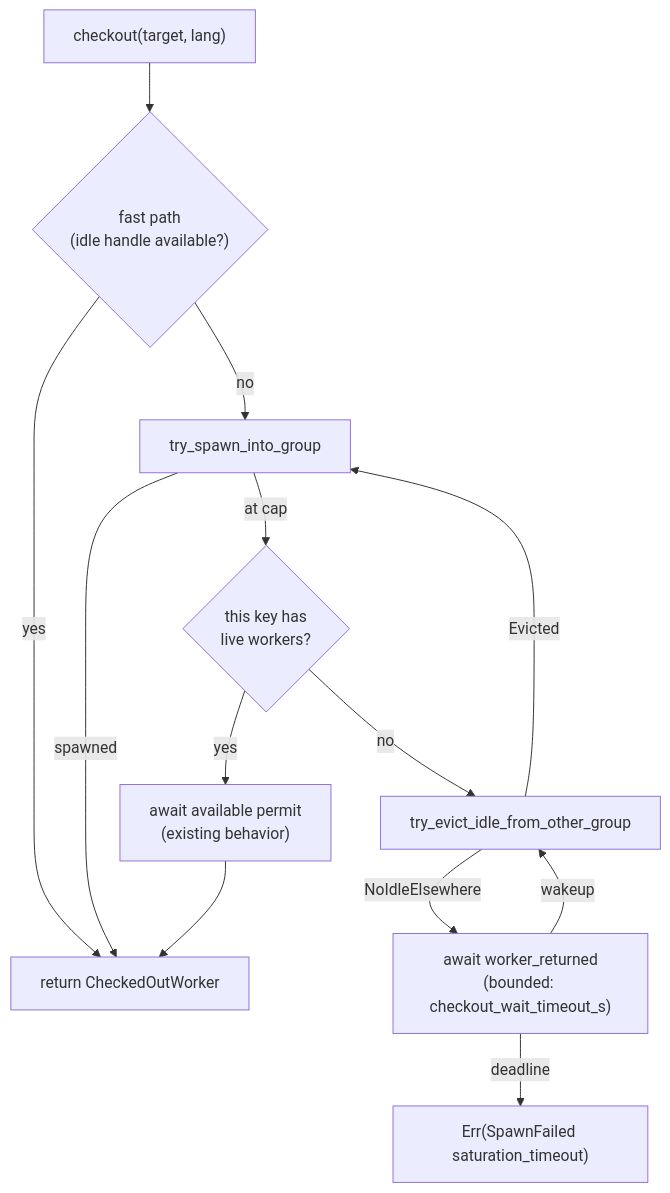
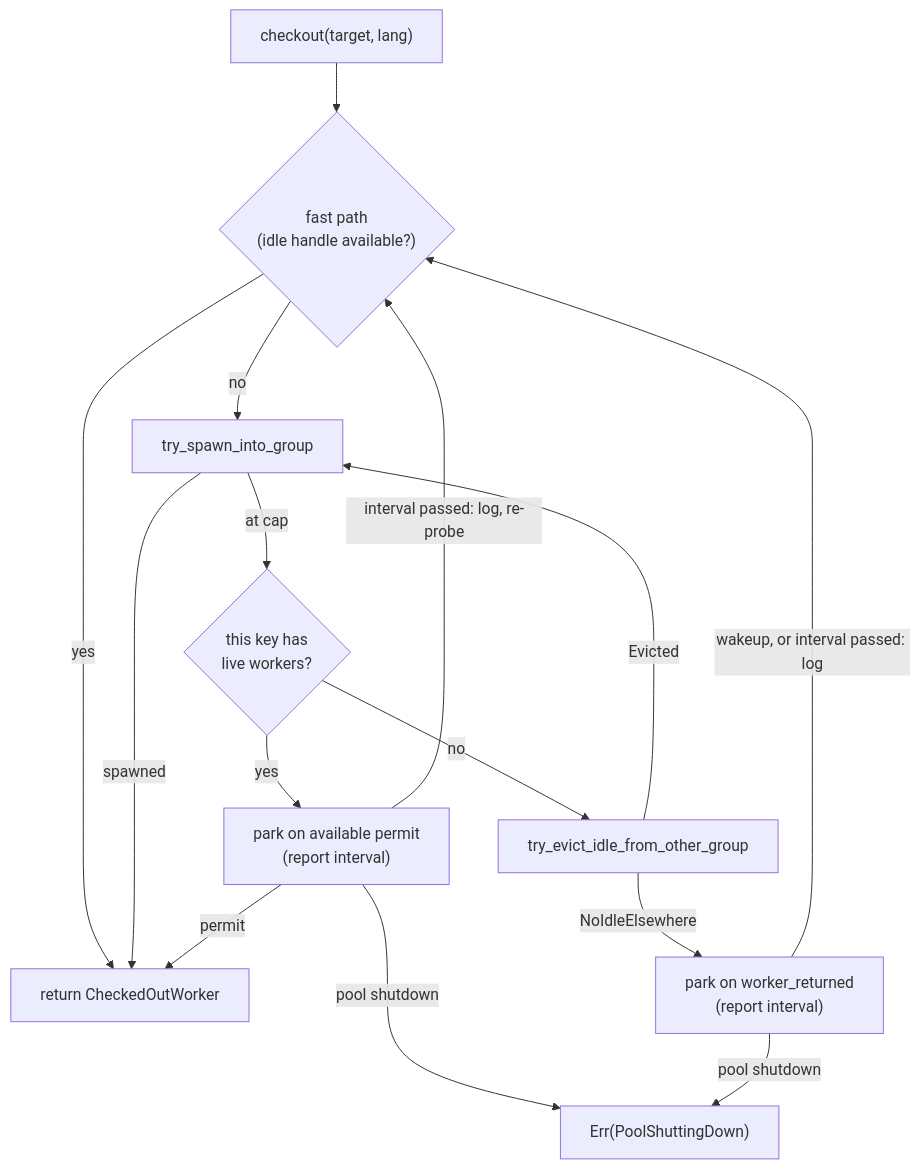
One commit to FranklinChen/talkbank-tools changed the sixth of 7 diagrams in book/src/architecture/runtime/batchalign-workers.md. Above: the diagram before and after it, drawn with Mermaid. The commit also changed other lines of this file and 412 other files, not shown here.

````diff
--- a/book/src/architecture/runtime/batchalign-workers.md
+++ b/book/src/architecture/runtime/batchalign-workers.md
@@ -336,15 +392,17 @@
 ```mermaid
 flowchart TD
     CO["checkout(target, lang)"] --> FP{"fast path\n(idle handle available?)"}
     FP -- yes --> RET["return CheckedOutWorker"]
     FP -- no --> SP["try_spawn_into_group"]
     SP -- spawned --> RET
     SP -- at cap --> HASW{"this key has\nlive workers?"}
-    HASW -- yes --> AWAIT1["await available permit\n(existing behavior)"]
-    AWAIT1 --> RET
+    HASW -- yes --> AWAIT1["park on available permit\n(report interval)"]
     HASW -- no --> EV["try_evict_idle_from_other_group"]
     EV -- Evicted --> SP
-    EV -- NoIdleElsewhere --> AWAIT2["await worker_returned\n(bounded: checkout_wait_timeout_s)"]
-    AWAIT2 -- wakeup --> EV
-    AWAIT2 -- deadline --> FAIL["Err(SpawnFailed saturation_timeout)"]
+    EV -- NoIdleElsewhere --> AWAIT2["park on worker_returned\n(report interval)"]
+    AWAIT1 -- permit --> RET
+    AWAIT1 -- interval passed: log, re-probe --> FP
+    AWAIT2 -- wakeup, or interval passed: log --> FP
+    AWAIT1 -- pool shutdown --> STOP["Err(PoolShuttingDown)"]
+    AWAIT2 -- pool shutdown --> STOP
 ```
````
